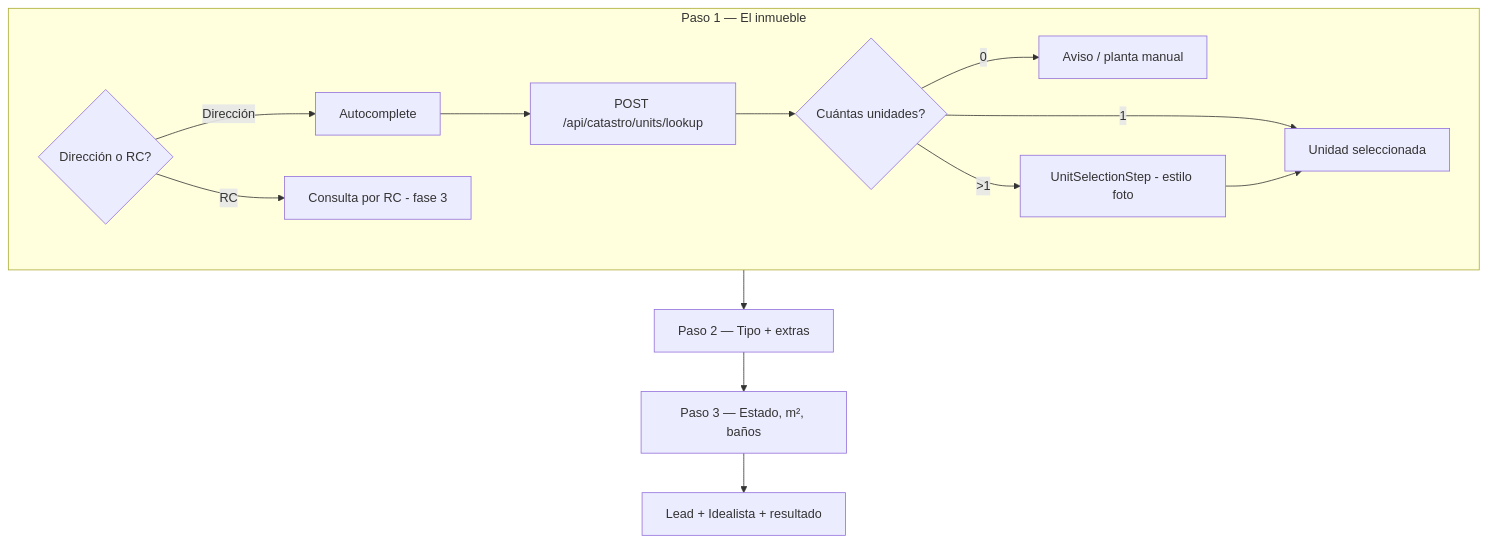
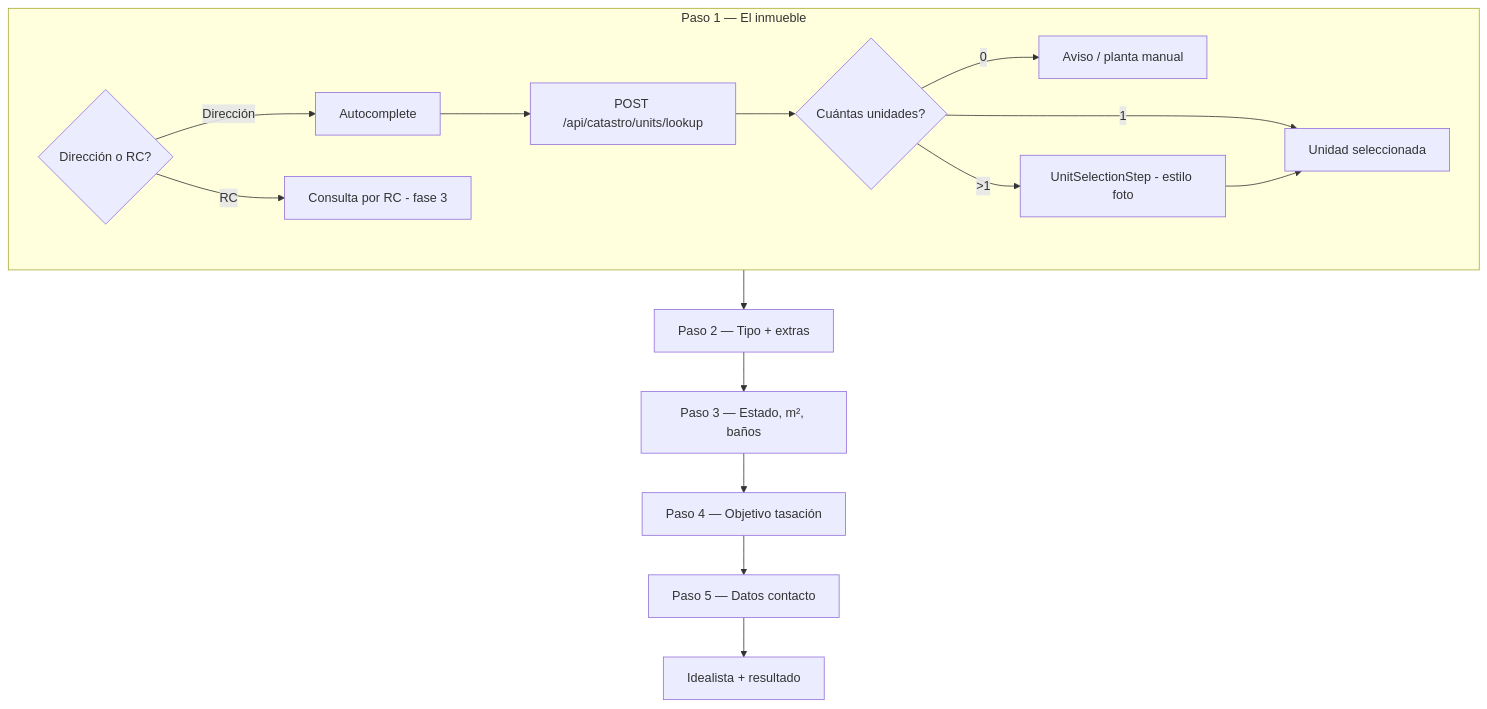
Before and after one commit to cuba1511/how-much-is-this-property-worth: the diagram in README.md, drawn with Mermaid. The commit also changed other lines of this file and 11 other files, not shown here.

````diff
--- a/README.md
+++ b/README.md
@@ -26,17 +26,19 @@
 ```mermaid
 flowchart TD
   subgraph step1 [Paso 1 — El inmueble]
     T{Dirección o RC?}
     T -->|Dirección| AC[Autocomplete]
     AC --> CAT[POST /api/catastro/units/lookup]
     T -->|RC| RCAPI[Consulta por RC - fase 3]
     CAT --> N{Cuántas unidades?}
     N -->|0| MANUAL[Aviso / planta manual]
     N -->|1| OK[Unidad seleccionada]
     N -->|>1| PICK[UnitSelectionStep - estilo foto]
     PICK --> OK
   end
   step1 --> step2[Paso 2 — Tipo + extras]
   step2 --> step3[Paso 3 — Estado, m², baños]
-  step3 --> step4[Lead + Idealista + resultado]
+  step3 --> step4[Paso 4 — Objetivo tasación]
+  step4 --> step5[Paso 5 — Datos contacto]
+  step5 --> step6[Idealista + resultado]
 ```
````
